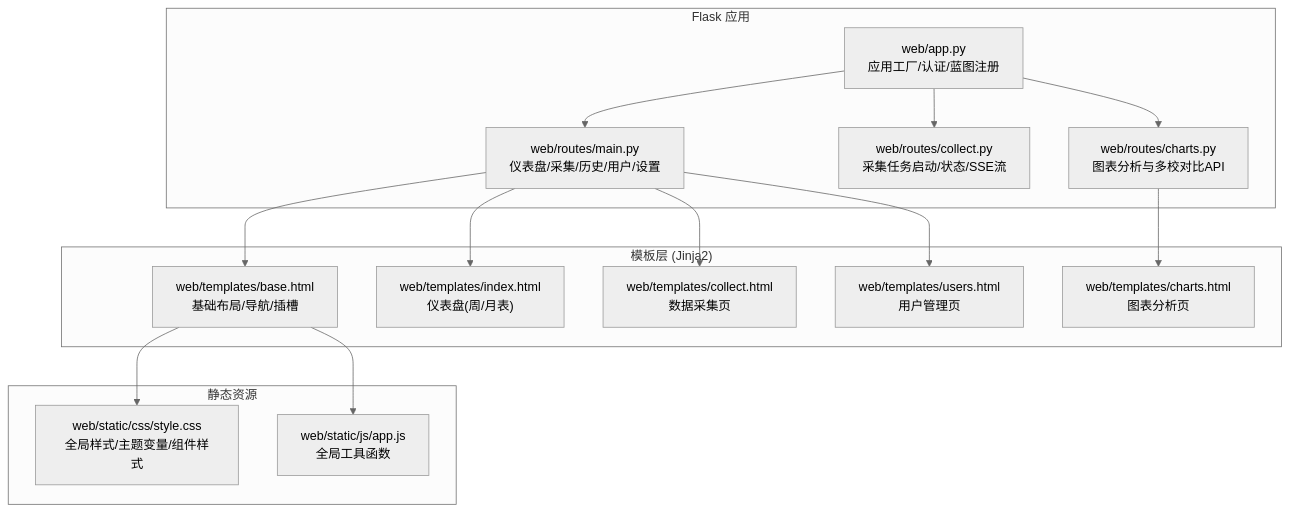
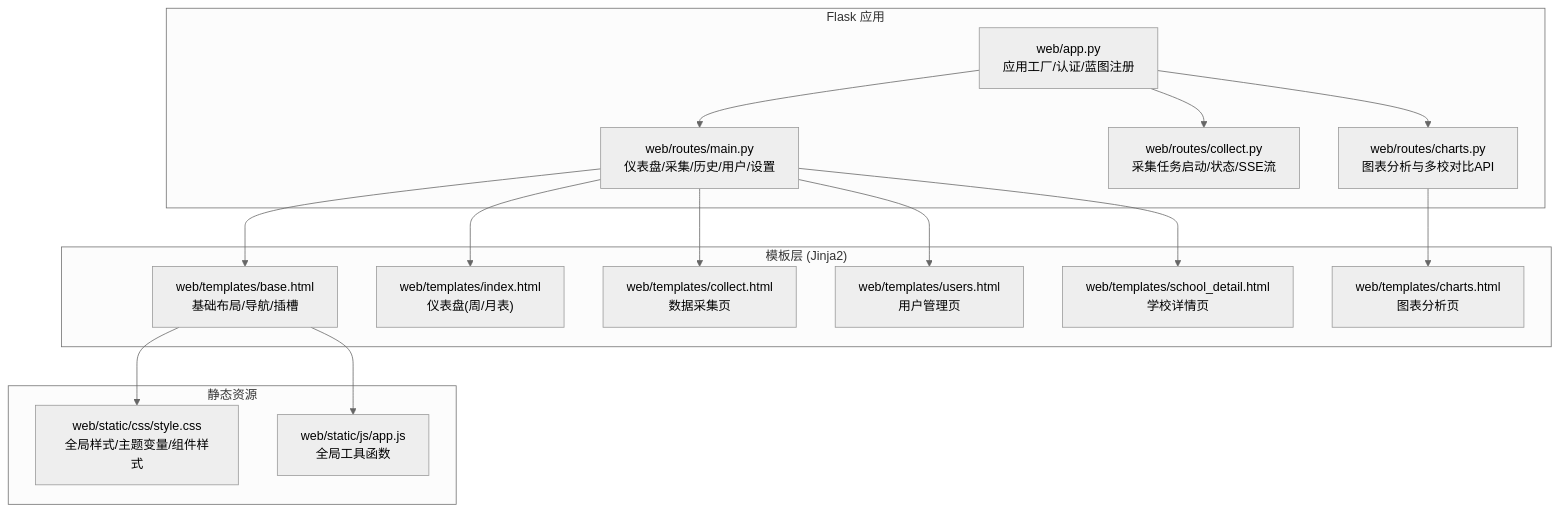
The first of 11 diagrams in .qoder/repowiki/zh/content/Web应用/前端界面/前端界面.md (oreovan567-pixel/middle-platform-data-collector), drawn with Mermaid (neutral theme) before and after one commit. The commit also changed other lines of this file and 9 other files, not shown here.

````diff
--- a/.qoder/repowiki/zh/content/Web应用/前端界面/前端界面.md
+++ b/.qoder/repowiki/zh/content/Web应用/前端界面/前端界面.md
@@ -40,30 +48,32 @@
 ```mermaid
 graph TB
 subgraph "Flask 应用"
 APP["web/app.py<br/>应用工厂/认证/蓝图注册"]
 ROUTE_MAIN["web/routes/main.py<br/>仪表盘/采集/历史/用户/设置"]
 ROUTE_COLLECT["web/routes/collect.py<br/>采集任务启动/状态/SSE流"]
 ROUTE_CHARTS["web/routes/charts.py<br/>图表分析与多校对比API"]
 end
 subgraph "模板层 (Jinja2)"
 BASE["web/templates/base.html<br/>基础布局/导航/插槽"]
 INDEX["web/templates/index.html<br/>仪表盘(周/月表)"]
 COLLECT["web/templates/collect.html<br/>数据采集页"]
 CHARTS["web/templates/charts.html<br/>图表分析页"]
 USERS["web/templates/users.html<br/>用户管理页"]
+SCHOOL_DETAIL["web/templates/school_detail.html<br/>学校详情页"]
 end
 subgraph "静态资源"
 CSS["web/static/css/style.css<br/>全局样式/主题变量/组件样式"]
 JS["web/static/js/app.js<br/>全局工具函数"]
 end
 APP --> ROUTE_MAIN
 APP --> ROUTE_COLLECT
 APP --> ROUTE_CHARTS
 ROUTE_MAIN --> BASE
 ROUTE_MAIN --> INDEX
 ROUTE_MAIN --> COLLECT
 ROUTE_MAIN --> USERS
+ROUTE_MAIN --> SCHOOL_DETAIL
 ROUTE_CHARTS --> CHARTS
 BASE --> CSS
 BASE --> JS
 ```
````
